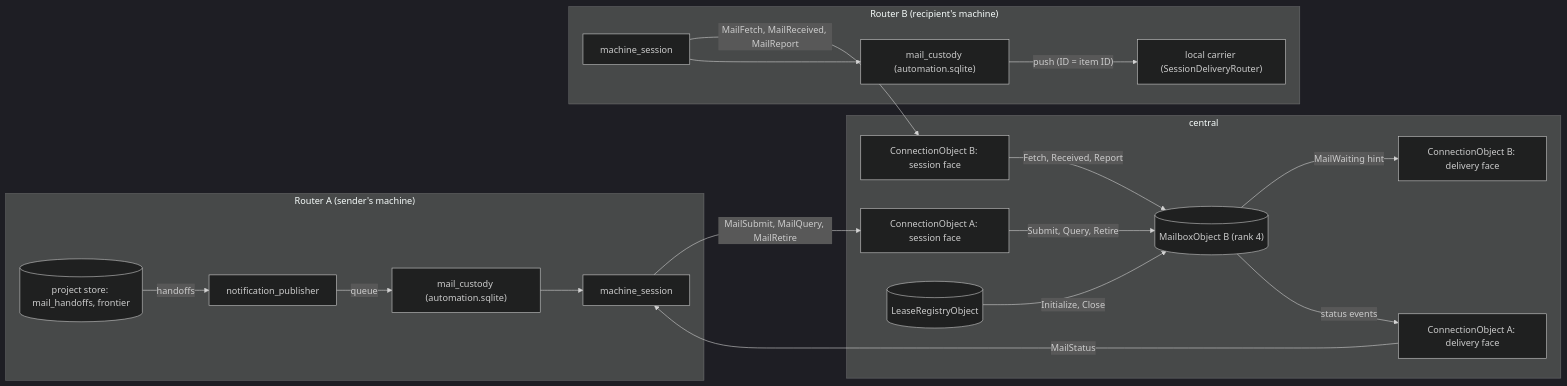
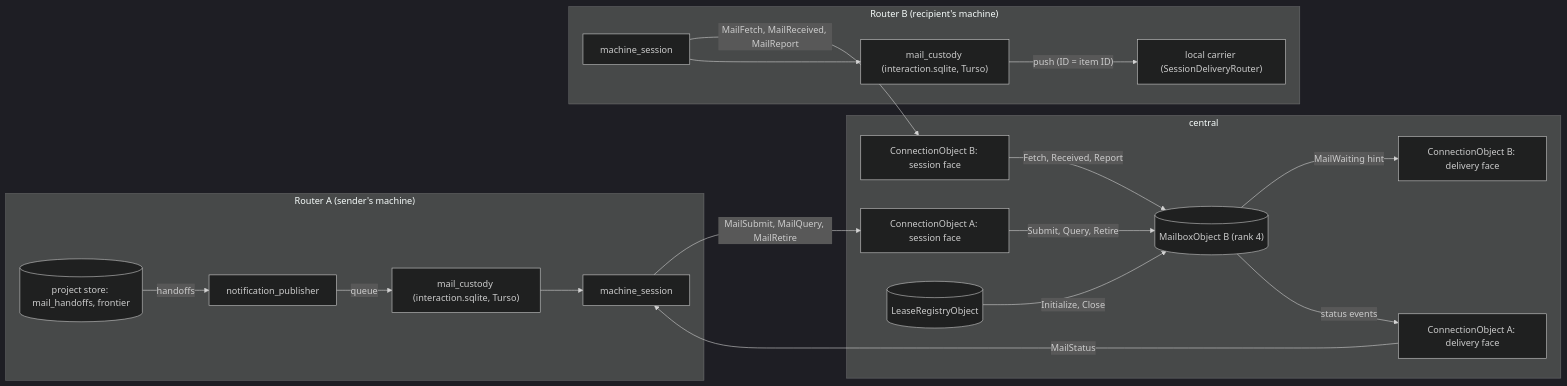
One commit to agent-collaboration/agent-collaboration changed the diagram in docs/specs/2026-10-04-board-orchestration-design/program-design-4-messaging.md. Above: the diagram before and after it, drawn with Mermaid (dark theme). The commit also changed other lines of this file and 13 other files, not shown here.

````diff
--- a/docs/specs/2026-10-04-board-orchestration-design/program-design-4-messaging.md
+++ b/docs/specs/2026-10-04-board-orchestration-design/program-design-4-messaging.md
@@ -56,35 +58,35 @@
 ```mermaid
 flowchart LR
   subgraph RA["Router A (sender's machine)"]
     PA[("project store: mail_handoffs, frontier")]
     NP["notification_publisher"]
-    MC_A["mail_custody (automation.sqlite)"]
+    MC_A["mail_custody (interaction.sqlite, Turso)"]
     MS_A["machine_session"]
   end
   subgraph C["central"]
     SA["ConnectionObject A: session face"]
     DA["ConnectionObject A: delivery face"]
     MB[("MailboxObject B (rank 4)")]
     SB["ConnectionObject B: session face"]
     DB["ConnectionObject B: delivery face"]
     REG[("LeaseRegistryObject")]
   end
   subgraph RB["Router B (recipient's machine)"]
     MS_B["machine_session"]
-    MC_B["mail_custody (automation.sqlite)"]
+    MC_B["mail_custody (interaction.sqlite, Turso)"]
     CAR["local carrier (SessionDeliveryRouter)"]
   end
   PA -- "handoffs" --> NP
   NP -- "queue" --> MC_A
   MC_A --> MS_A
   MS_A -- "MailSubmit, MailQuery, MailRetire" --> SA
   SA -- "Submit, Query, Retire" --> MB
   MB -- "MailWaiting hint" --> DB
   MB -- "status events" --> DA
   DA -- "MailStatus" --> MS_A
   MS_B -- "MailFetch, MailReceived, MailReport" --> SB
   SB -- "Fetch, Received, Report" --> MB
   MS_B --> MC_B
   MC_B -- "push (ID = item ID)" --> CAR
   REG -- "Initialize, Close" --> MB
 ```
````
